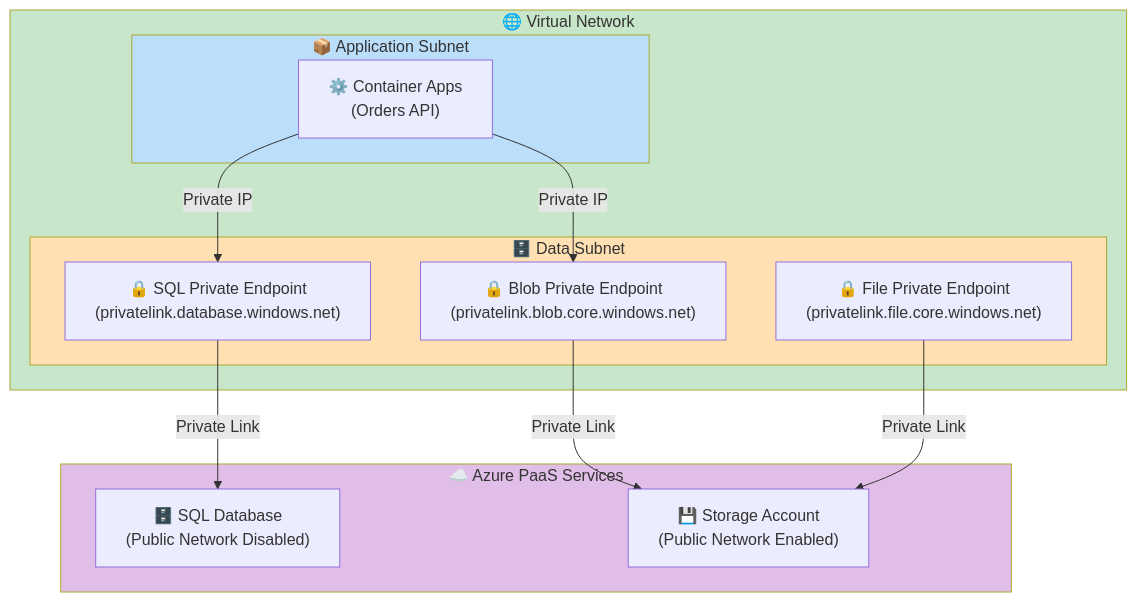
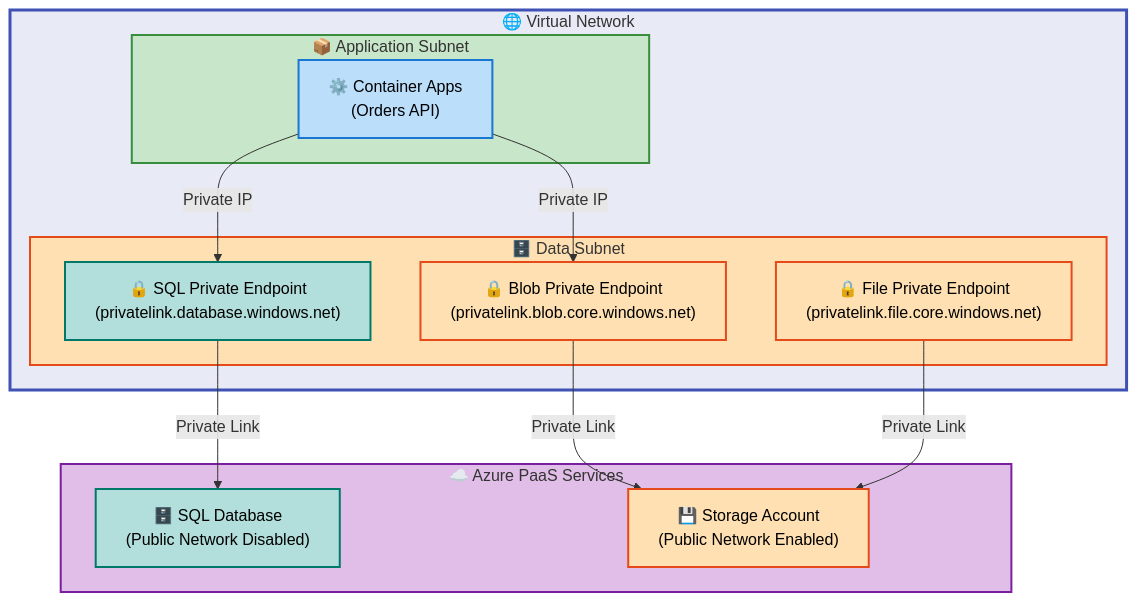
The fifth of 8 diagrams in docs/architecture/data-Architecture.md (Evilazaro/Azure-LogicApps-Monitoring), drawn with Mermaid before and after one commit. The commit also changed other lines of this file and 1 other file, not shown here.

Commit message:
docs: enhance color scheme documentation and accessibility features in data architecture diagrams

````diff
--- a/docs/architecture/data-Architecture.md
+++ b/docs/architecture/data-Architecture.md
@@ -628,37 +706,59 @@
 ```mermaid
 flowchart TB
     accTitle: Network Isolation with Private Endpoints
     accDescr: Private endpoint architecture showing VNet-integrated resources connecting to data stores via private endpoints
 
+    %% ============================================
+    %% STANDARD COLOR SCHEME v2.1
+    %% ============================================
+    classDef level1Group fill:#E8EAF6,stroke:#3F51B5,stroke-width:3px,color:#000
+    classDef level2Group fill:#C5CAE9,stroke:#3F51B5,stroke-width:2px,color:#000
+    classDef level3Group fill:#9FA8DA,stroke:#3F51B5,stroke-width:2px,color:#000
+    classDef level4Group fill:#7986CB,stroke:#3F51B5,stroke-width:1px,color:#000
+    classDef mainGroup fill:#E8EAF6,stroke:#3F51B5,stroke-width:3px,color:#000
+    classDef subGroup fill:#C5CAE9,stroke:#3F51B5,stroke-width:2px,color:#000
+    classDef mdBlue fill:#BBDEFB,stroke:#1976D2,stroke-width:2px,color:#000
+    classDef mdGreen fill:#C8E6C9,stroke:#388E3C,stroke-width:2px,color:#000
+    classDef mdYellow fill:#FFF9C4,stroke:#F57F17,stroke-width:2px,color:#000
+    classDef mdRed fill:#FFCDD2,stroke:#D32F2F,stroke-width:2px,color:#000
+    classDef mdOrange fill:#FFE0B2,stroke:#E64A19,stroke-width:2px,color:#000
+    classDef mdPurple fill:#E1BEE7,stroke:#7B1FA2,stroke-width:2px,color:#000
+    classDef mdTeal fill:#B2DFDB,stroke:#00796B,stroke-width:2px,color:#000
+    classDef mdGrey fill:#F5F5F5,stroke:#616161,stroke-width:2px,color:#000
+
     %% Virtual Network
     subgraph vnet["🌐 Virtual Network"]
         subgraph appsubnet["📦 Application Subnet"]
-            containerapp["⚙️ Container Apps<br/>(Orders API)"]
+            containerapp["⚙️ Container Apps<br/>(Orders API)"]:::mdBlue
         end
 
         subgraph datasubnet["🗄️ Data Subnet"]
-            pe_sql["🔒 SQL Private Endpoint<br/>(privatelink.database.windows.net)"]
-            pe_blob["🔒 Blob Private Endpoint<br/>(privatelink.blob.core.windows.net)"]
-            pe_file["🔒 File Private Endpoint<br/>(privatelink.file.core.windows.net)"]
+            pe_sql["🔒 SQL Private Endpoint<br/>(privatelink.database.windows.net)"]:::mdTeal
+            pe_blob["🔒 Blob Private Endpoint<br/>(privatelink.blob.core.windows.net)"]:::mdOrange
+            pe_file["🔒 File Private Endpoint<br/>(privatelink.file.core.windows.net)"]:::mdOrange
         end
     end
 
     %% Data Resources
     subgraph external["☁️ Azure PaaS Services"]
-        sql["🗄️ SQL Database<br/>(Public Network Disabled)"]
-        storage["💾 Storage Account<br/>(Public Network Enabled)"]
+        sql["🗄️ SQL Database<br/>(Public Network Disabled)"]:::mdTeal
+        storage["💾 Storage Account<br/>(Public Network Enabled)"]:::mdOrange
     end
 
     %% Relationships
     containerapp -->|"Private IP"| pe_sql
     containerapp -->|"Private IP"| pe_blob
     pe_sql -->|"Private Link"| sql
     pe_blob -->|"Private Link"| storage
     pe_file -->|"Private Link"| storage
 
-    %% Styling
-    style vnet fill:#C8E6C9
-    style appsubnet fill:#BBDEFB
-    style datasubnet fill:#FFE0B2
-    style external fill:#E1BEE7
+    %% ============================================
+    %% SUBGRAPH STYLING (3 levels = distinct colors)
+    %% ============================================
+    style vnet fill:#E8EAF6,stroke:#3F51B5,stroke-width:3px
+    style appsubnet fill:#C8E6C9,stroke:#388E3C,stroke-width:2px
+    style datasubnet fill:#FFE0B2,stroke:#E64A19,stroke-width:2px
+    style external fill:#E1BEE7,stroke:#7B1FA2,stroke-width:2px
+
+    %% Accessibility: WCAG AA verified (4.5:1 contrast ratio)
 ```
````
